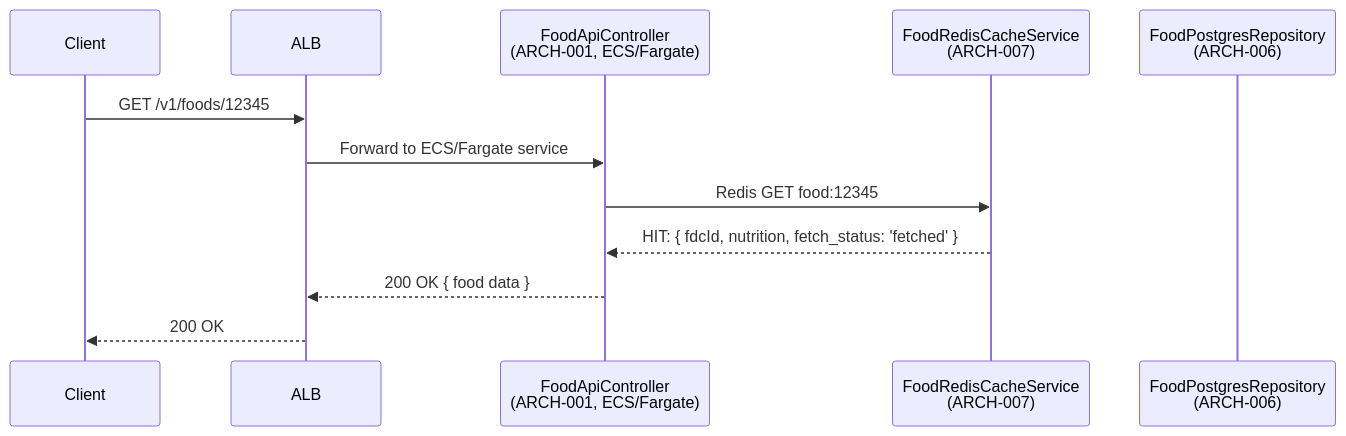
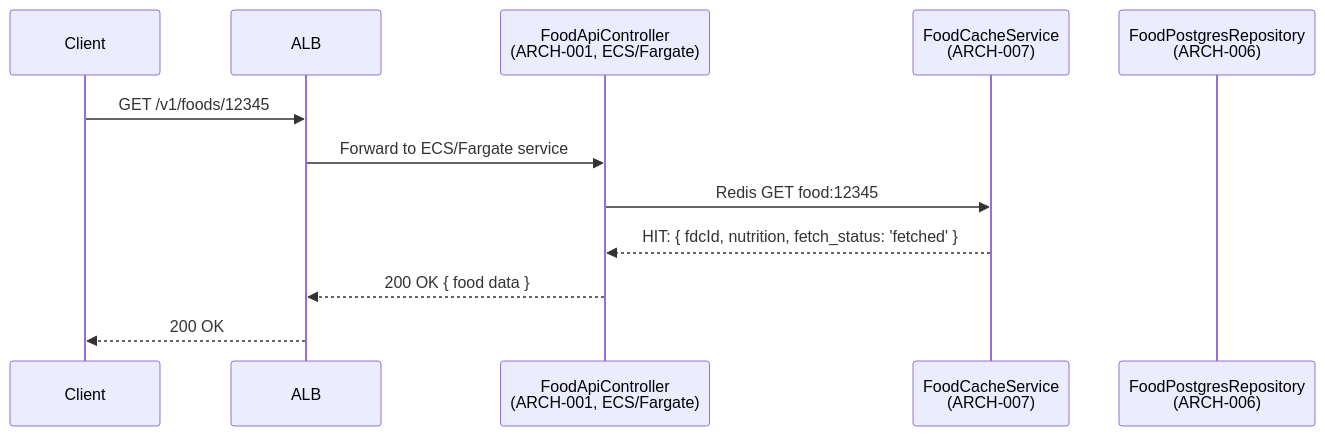
The second of 8 diagrams in specs/003-usda-food-data/v-model/architecture-design.md (radicle-co/KitchenSink), drawn with Mermaid before and after one commit. The commit also changed other lines of this file and 15 other files, not shown here.

````diff
--- a/specs/003-usda-food-data/v-model/architecture-design.md
+++ b/specs/003-usda-food-data/v-model/architecture-design.md
@@ -74,15 +74,15 @@
 ```mermaid
 sequenceDiagram
     participant C as Client
     participant G as ALB
     participant A as FoodApiController<br/>(ARCH-001, ECS/Fargate)
-    participant R as FoodRedisCacheService<br/>(ARCH-007)
+    participant R as FoodCacheService<br/>(ARCH-007)
     participant P as FoodPostgresRepository<br/>(ARCH-006)
 
     C->>G: GET /v1/foods/12345
     G->>A: Forward to ECS/Fargate service
     A->>R: Redis GET food:12345
     R-->>A: HIT: { fdcId, nutrition, fetch_status: 'fetched' }
     A-->>G: 200 OK { food data }
     G-->>C: 200 OK
 ```
````
